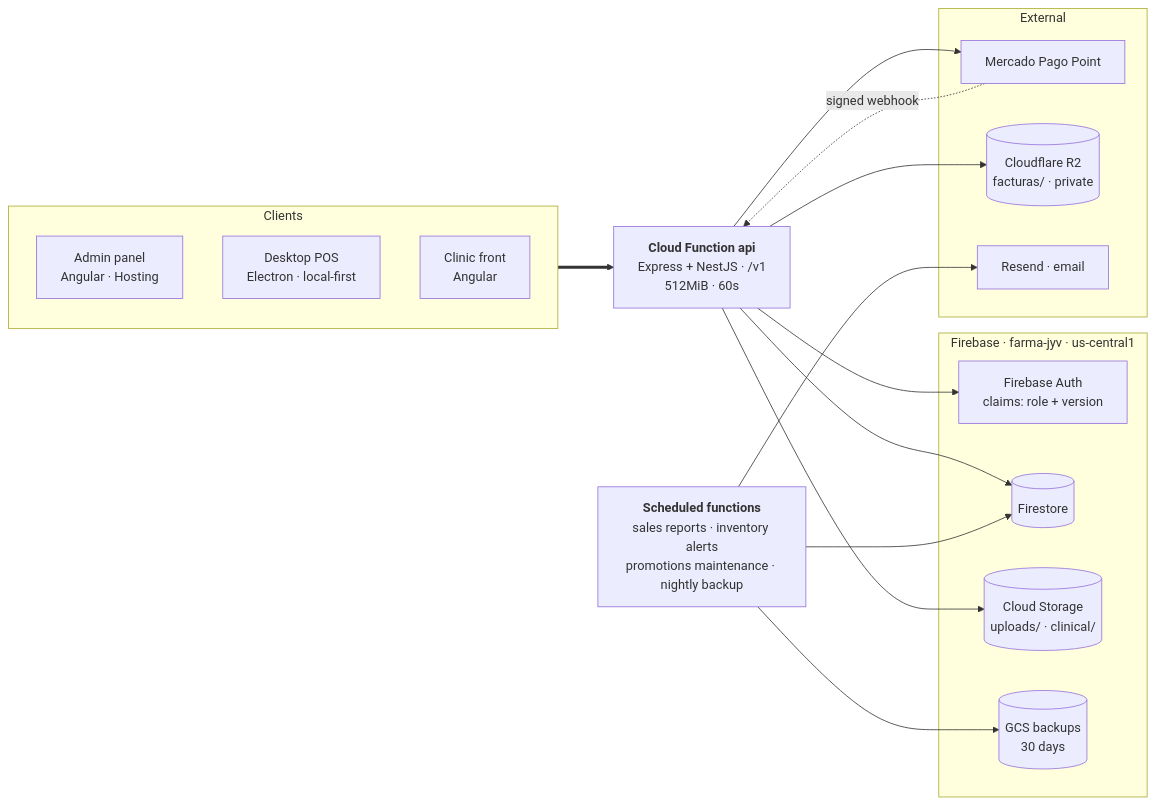
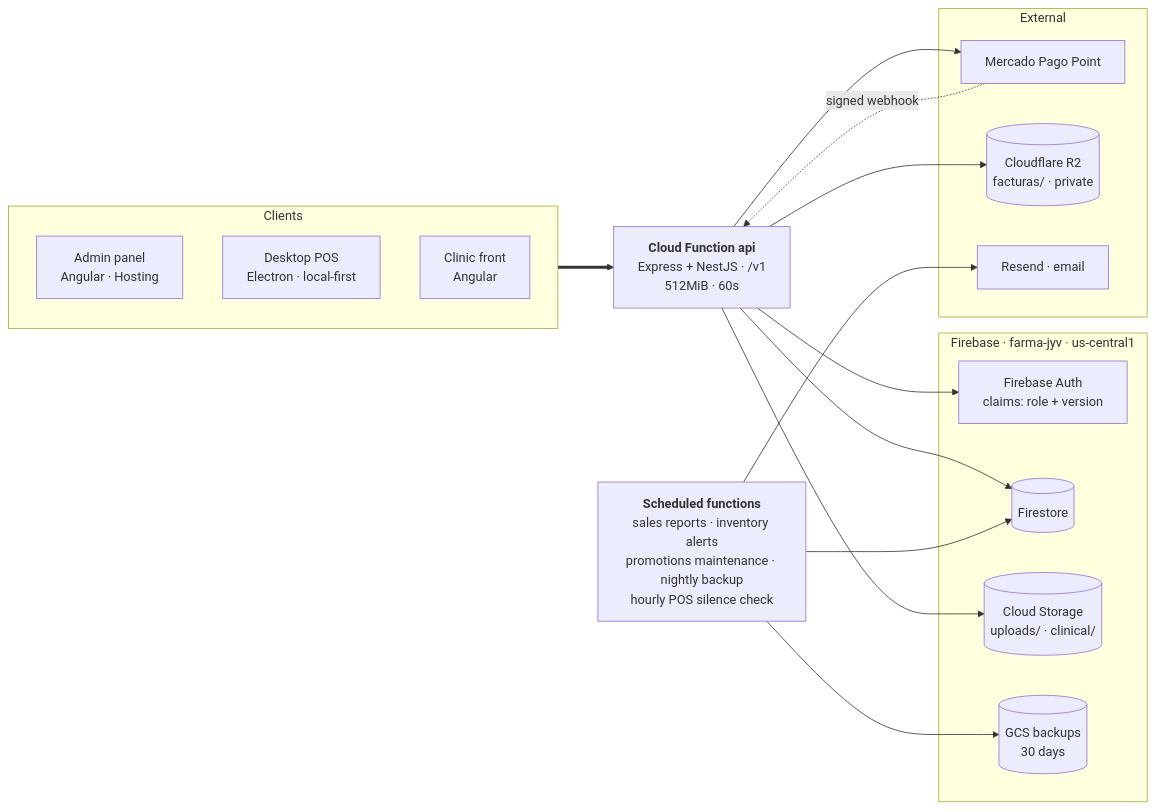
The first of 2 diagrams in CLAUDE.md (dev-jyv/backend-farma-jyv), drawn with Mermaid before and after one commit. The commit also changed other lines of this file and 14 other files, not shown here.

````diff
--- a/CLAUDE.md
+++ b/CLAUDE.md
@@ -20,36 +20,36 @@
 ```mermaid
 flowchart LR
     subgraph clients["Clients"]
         admin["Admin panel<br/>Angular · Hosting"]
         pos["Desktop POS<br/>Electron · local-first"]
         clinic["Clinic front<br/>Angular"]
     end
 
     api["<b>Cloud Function api</b><br/>Express + NestJS · /v1<br/>512MiB · 60s"]
-    crons["<b>Scheduled functions</b><br/>sales reports · inventory alerts<br/>promotions maintenance · nightly backup"]
+    crons["<b>Scheduled functions</b><br/>sales reports · inventory alerts<br/>promotions maintenance · nightly backup<br/>hourly POS silence check"]
 
     subgraph data["Firebase · farma-jyv · us-central1"]
         auth["Firebase Auth<br/>claims: role + version"]
         fs[("Firestore")]
         gcs[("Cloud Storage<br/>uploads/ · clinical/")]
         backups[("GCS backups<br/>30 days")]
     end
 
     subgraph ext["External"]
         mp["Mercado Pago Point"]
         r2[("Cloudflare R2<br/>facturas/ · private")]
         resend["Resend · email"]
     end
 
     clients ==> api
     api --> auth
     api --> fs
     api --> gcs
     api --> r2
     api --> mp
     mp -. "signed webhook" .-> api
 
     crons --> fs
     crons --> resend
     crons --> backups
 ```
````
